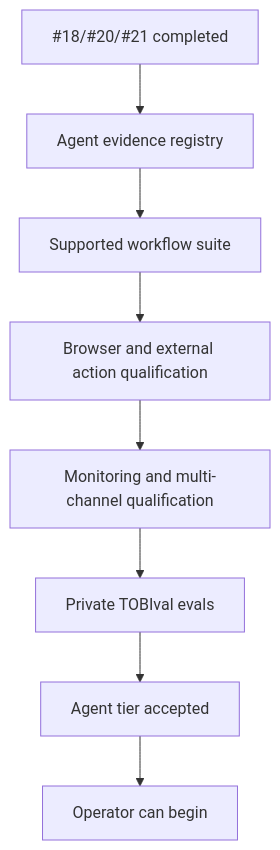
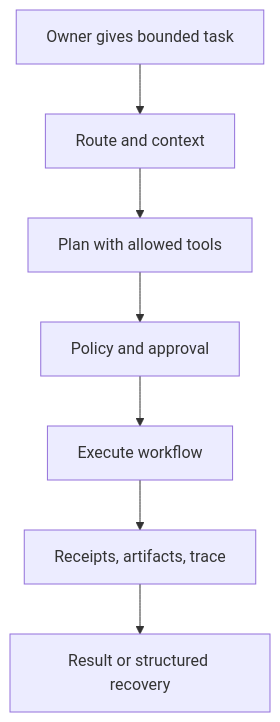
Before and after one commit to binhvu284/tobi: the third of 5 diagrams in docs/03_ROADMAP.md, drawn with Mermaid. The commit also changed other lines of this file and 50 other files, not shown here.

````diff
--- a/docs/03_ROADMAP.md
+++ b/docs/03_ROADMAP.md
@@ -82,10 +78,9 @@
 ```mermaid
 flowchart TD
-  A["#18/#20/#21 completed"] --> B["Agent evidence registry"]
-  B --> C["Supported workflow suite"]
-  C --> D["Browser and external action qualification"]
-  D --> E["Monitoring and multi-channel qualification"]
-  E --> F["Private TOBIval evals"]
-  F --> G["Agent tier accepted"]
-  G --> H["Operator can begin"]
+  A["Owner gives bounded task"] --> B["Route and context"]
+  B --> C["Plan with allowed tools"]
+  C --> D["Policy and approval"]
+  D --> E["Execute workflow"]
+  E --> F["Receipts, artifacts, trace"]
+  F --> G["Result or structured recovery"]
 ```
````
